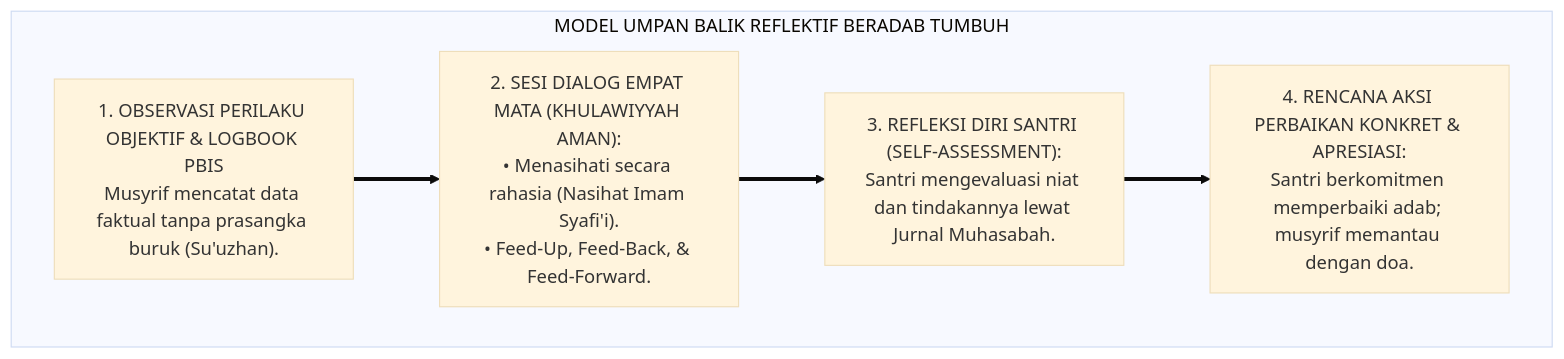
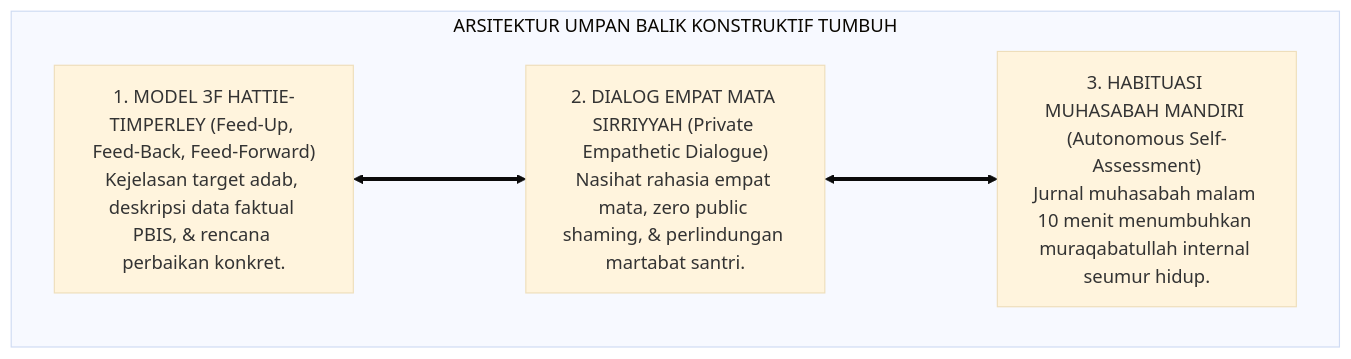
Before and after one commit to wandiapriliyandi/tumbuh: the second of 3 diagrams in 02 Principles/05 Assessment Principles/P2-05-05-Prinsip-Feedback-Konstruktif-dan-Refleksi-Diri-Santri.md, drawn with Mermaid (base theme). The commit also changed other lines of this file and 6 other files, not shown here.

````diff
--- a/02 Principles/05 Assessment Principles/P2-05-05-Prinsip-Feedback-Konstruktif-dan-Refleksi-Diri-Santri.md
+++ b/02 Principles/05 Assessment Principles/P2-05-05-Prinsip-Feedback-Konstruktif-dan-Refleksi-Diri-Santri.md
@@ -55,14 +120,13 @@
 ```mermaid
 flowchart TD
-    subgraph ModelFeedbackReflektifTUMBUH["MODEL UMPAN BALIK REFLEKTIF BERADAB TUMBUH"]
-        Observasi["1. OBSERVASI PERILAKU OBJEKTIF & LOGBOOK PBIS<br/>Musyrif mencatat data faktual tanpa prasangka buruk (Su'uzhan)."]
+    subgraph ArsitekturFeedbackTUMBUH["ARSITEKTUR UMPAN BALIK KONSTRUKTIF TUMBUH"]
         
-        SesiPrivat["2. SESI DIALOG EMPAT MATA (KHULAWIYYAH AMAN):<br/>• Menasihati secara rahasia (Nasihat Imam Syafi'i).<br/>• Feed-Up, Feed-Back, & Feed-Forward."]
+        F1_Sayap["1. MODEL 3F HATTIE-TIMPERLEY (Feed-Up, Feed-Back, Feed-Forward)<br/>Kejelasan target adab, deskripsi data faktual PBIS, & rencana perbaikan konkret."]
         
-        Muhasabah["3. REFLEKSI DIRI SANTRI (SELF-ASSESSMENT):<br/>Santri mengevaluasi niat dan tindakannya lewat Jurnal Muhasabah."]
+        F2_Sayap["2. DIALOG EMPAT MATA SIRRIYYAH (Private Empathetic Dialogue)<br/>Nasihat rahasia empat mata, zero public shaming, & perlindungan martabat santri."]
         
-        AksiNyata["4. RENCANA AKSI PERBAIKAN KONKRET & APRESIASI:<br/>Santri berkomitmen memperbaiki adab; musyrif memantau dengan doa."]
+        F3_Sayap["3. HABITUASI MUHASABAH MANDIRI (Autonomous Self-Assessment)<br/>Jurnal muhasabah malam 10 menit menumbuhkan muraqabatullah internal seumur hidup."]
         
-        Observasi ==> SesiPrivat ==> Muhasabah ==> AksiNyata
+        F1_Sayap <===> F2_Sayap <===> F3_Sayap
     end
 ```
````
